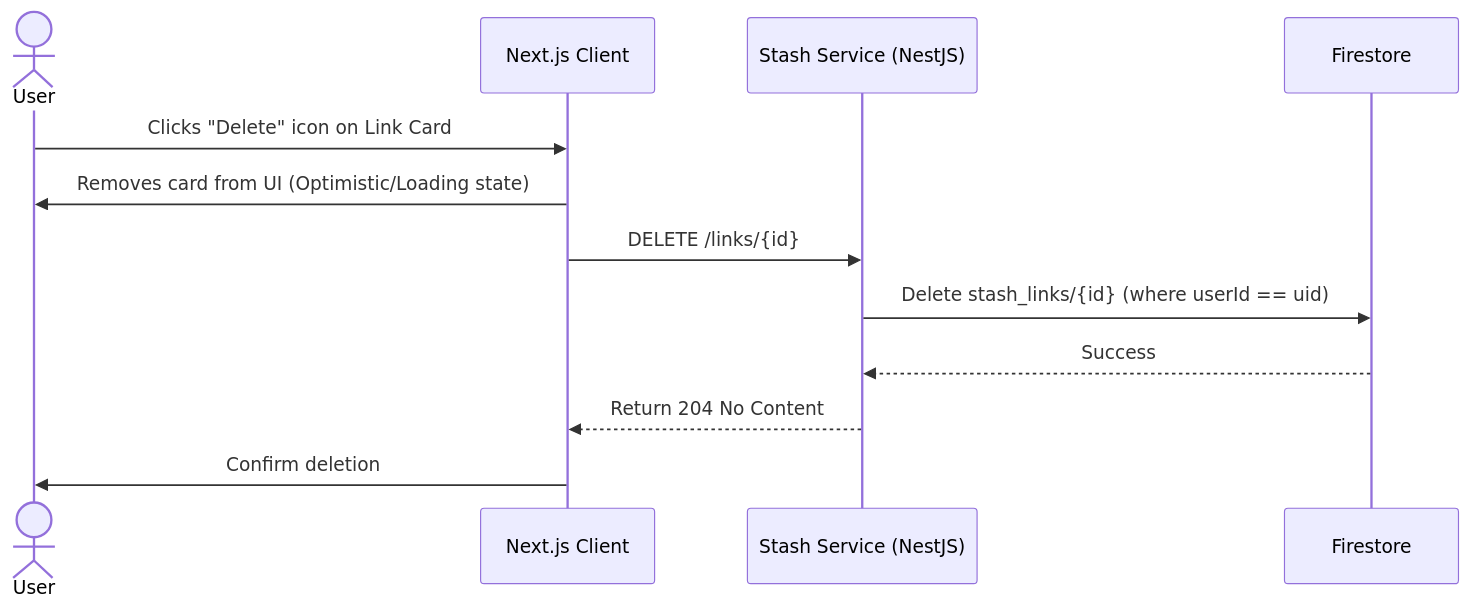
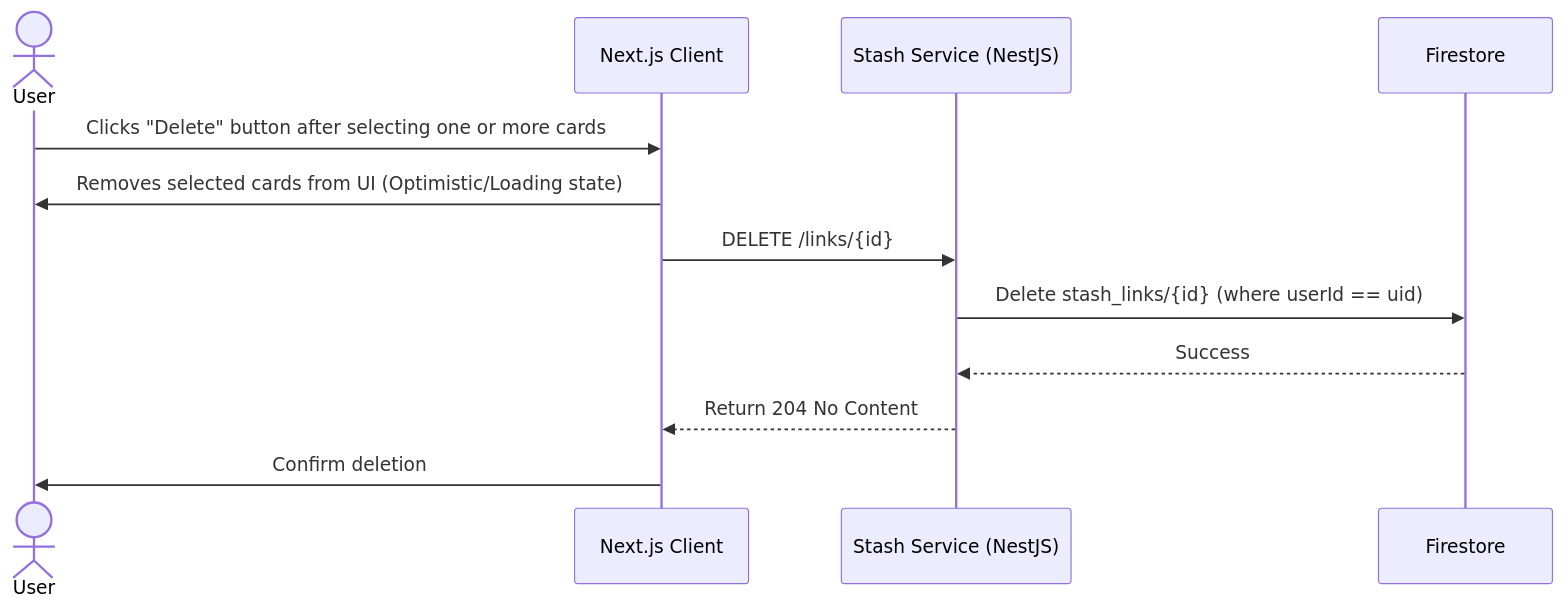
Before and after one commit to t2tse/gcr-agentic: the fourth of 4 diagrams in stash-design.md, drawn with Mermaid. The commit also changed other lines of this file and 3 other files, not shown here.

````diff
--- a/stash-design.md
+++ b/stash-design.md
@@ -120,18 +160,18 @@
 ```mermaid
 sequenceDiagram
     actor User
     participant Frontend as Next.js Client
     participant API as Stash Service (NestJS)
     participant DB as Firestore
 
-    User->>Frontend: Clicks "Delete" icon on Link Card
-    Frontend->>User: Removes card from UI (Optimistic/Loading state)
+    User->>Frontend: Clicks "Delete" button after selecting one or more cards
+    Frontend->>User: Removes selected cards from UI (Optimistic/Loading state)
     
     Frontend->>API: DELETE /links/{id}
     
     API->>DB: Delete stash_links/{id} (where userId == uid)
     DB-->>API: Success
     
     API-->>Frontend: Return 204 No Content
     Frontend->>User: Confirm deletion
 ```
````
